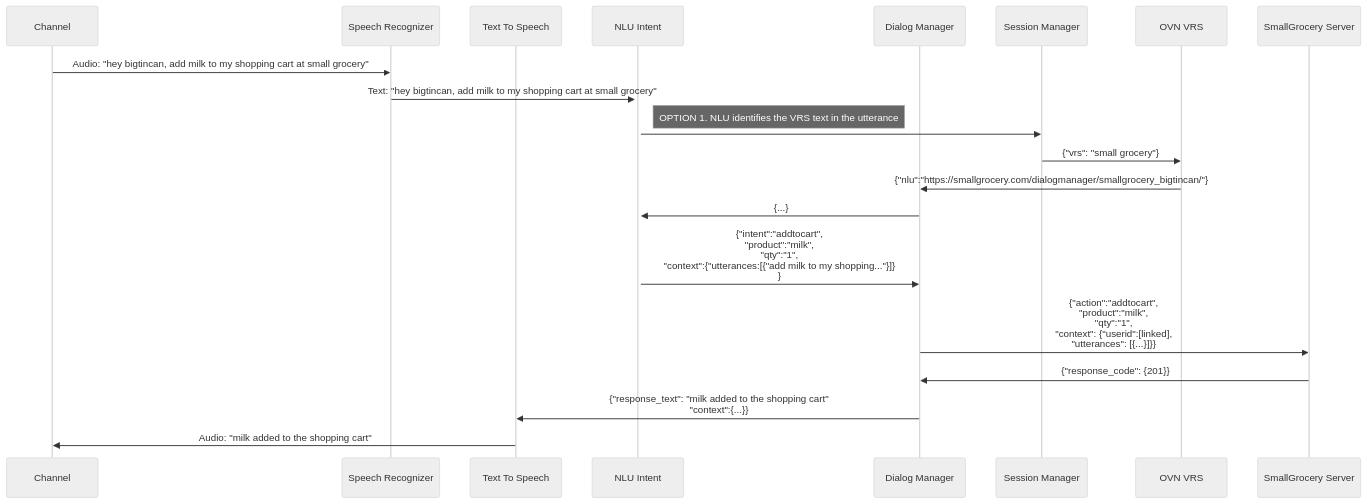
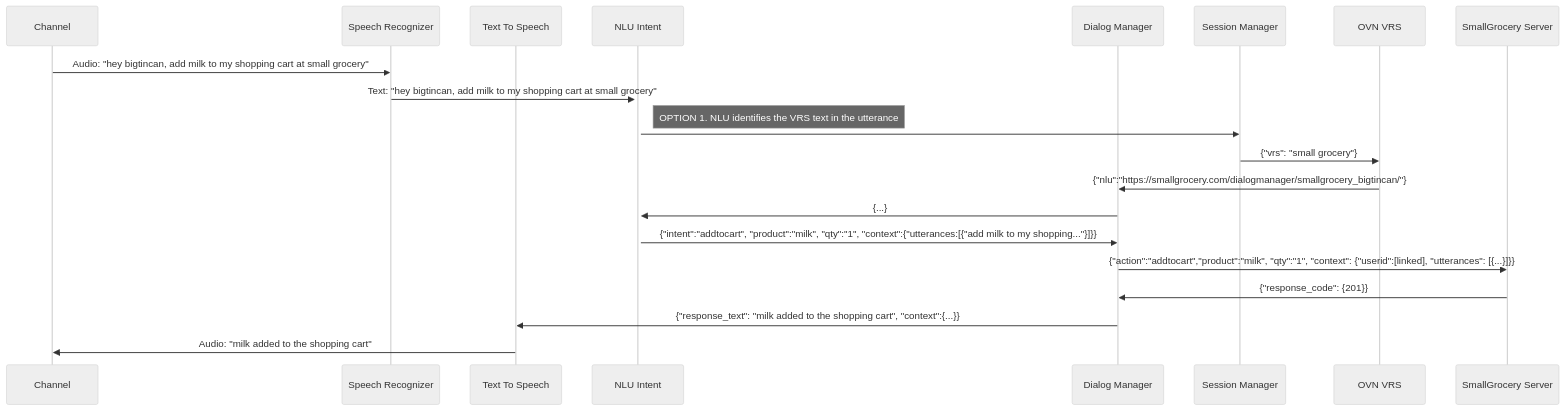
Before and after one commit to open-voice-interoperability/docs-archived: the first of 3 diagrams in architecture/decisions/0002-vrs-type.md, drawn with Mermaid (neutral theme). The commit also changed other lines of this file, not shown here.

````diff
--- a/architecture/decisions/0002-vrs-type.md
+++ b/architecture/decisions/0002-vrs-type.md
@@ -43,26 +43,26 @@
 ```mermaid
 sequenceDiagram
 participant C as Channel
 participant SR as Speech Recognizer
 participant TTS as Text To Speech
 participant NLU as NLU Intent
 participant DM as Dialog Manager
 participant SM as Session Manager
 participant VRS as OVN VRS
 participant SS as SmallGrocery Server
 
 
 C ->> SR: Audio: "hey bigtincan, add milk to my shopping cart at small grocery"
 SR ->>+ NLU: Text: "hey bigtincan, add milk to my shopping cart at small grocery" 
   Note right of NLU: OPTION 1. NLU identifies the VRS text in the utterance 
 NLU ->> SM: 
 SM ->> VRS: {"vrs": "small grocery"}
 VRS ->> DM: {"nlu":"https://smallgrocery.com/dialogmanager/smallgrocery_bigtincan/"}
 DM ->> NLU: {...}
-NLU ->> DM: {"intent":"addtocart", <br> "product":"milk", <br> "qty":"1", <br> "context":{"utterances:[{"add milk to my shopping..."}]}<br>}
-DM ->> SS: {"action":"addtocart", <br> "product":"milk", <br> "qty":"1", <br> "context": {"userid":[linked], <br> "utterances": [{...}]}}
+NLU ->> DM: {"intent":"addtocart", "product":"milk", "qty":"1",  "context":{"utterances:[{"add milk to my shopping..."}]}}
+DM ->> SS: {"action":"addtocart","product":"milk",  "qty":"1",  "context": {"userid":[linked], "utterances": [{...}]}}
 SS ->> DM: {"response_code": {201}}
-DM ->> TTS: {"response_text": "milk added to the shopping cart" <br> "context":{...}}
+DM ->> TTS: {"response_text": "milk added to the shopping cart", "context":{...}}
 TTS ->> C: Audio: "milk added to the shopping cart"
 
 ```
````
